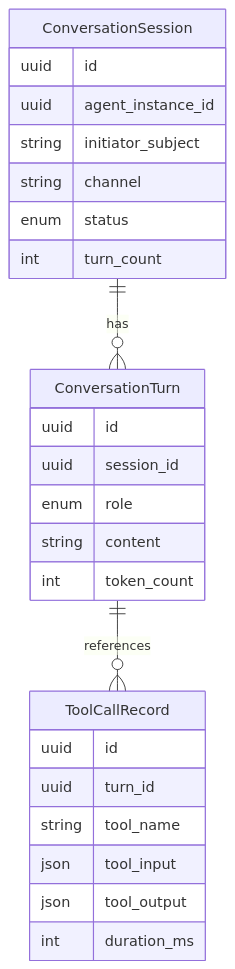
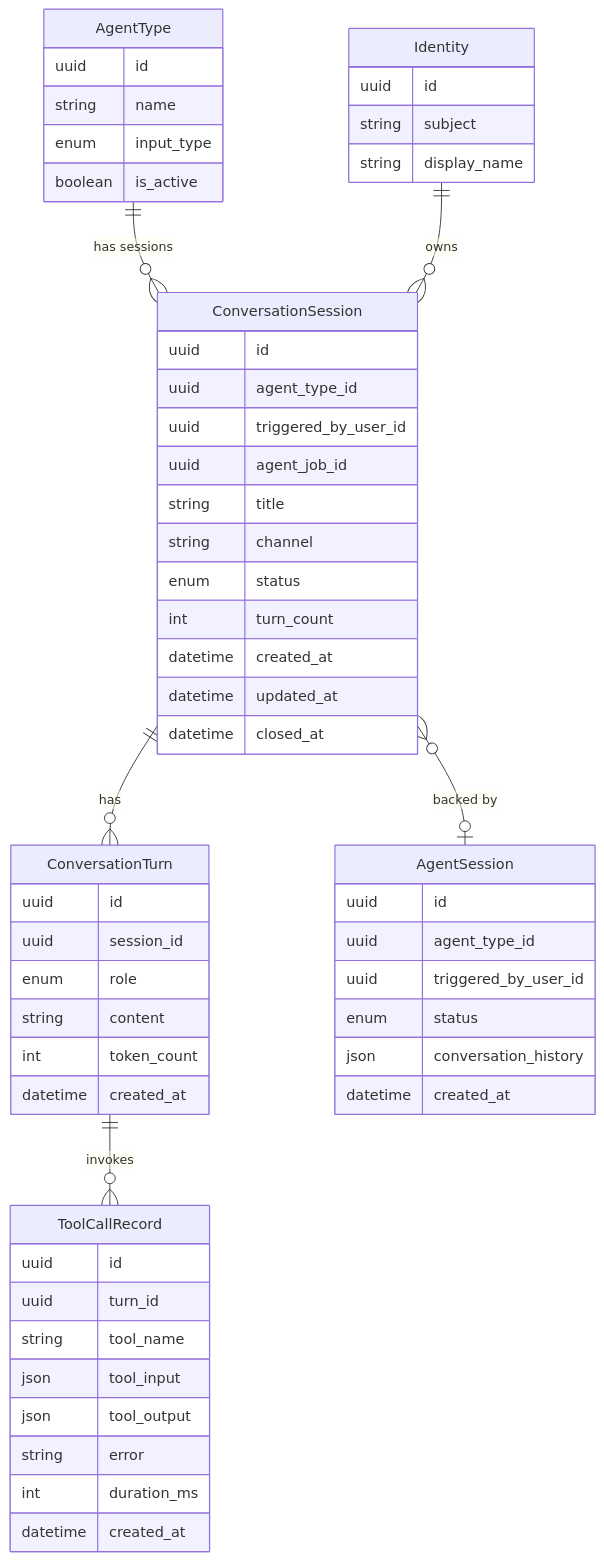
The diagram in docs/master/data-model/modules/communication/entities.md (hurungang/parthenon), drawn with Mermaid before and after one commit. The commit also changed other lines of this file and 496 other files, not shown here.

````diff
--- a/docs/master/data-model/modules/communication/entities.md
+++ b/docs/master/data-model/modules/communication/entities.md
@@ -3,29 +3,59 @@
 ```mermaid
 erDiagram
     ConversationSession {
         uuid id
-        uuid agent_instance_id
-        string initiator_subject
+        uuid agent_type_id
+        uuid triggered_by_user_id
+        uuid agent_job_id
+        string title
         string channel
         enum status
         int turn_count
+        datetime created_at
+        datetime updated_at
+        datetime closed_at
     }
     ConversationTurn {
         uuid id
         uuid session_id
         enum role
         string content
         int token_count
+        datetime created_at
     }
     ToolCallRecord {
         uuid id
         uuid turn_id
         string tool_name
         json tool_input
         json tool_output
+        string error
         int duration_ms
+        datetime created_at
+    }
+    AgentType {
+        uuid id
+        string name
+        enum input_type
+        boolean is_active
+    }
+    AgentSession {
+        uuid id
+        uuid agent_type_id
+        uuid triggered_by_user_id
+        enum status
+        json conversation_history
+        datetime created_at
+    }
+    Identity {
+        uuid id
+        string subject
+        string display_name
     }
 
+    AgentType ||--o{ ConversationSession : "has sessions"
+    Identity ||--o{ ConversationSession : "owns"
+    ConversationSession }o--o| AgentSession : "backed by"
     ConversationSession ||--o{ ConversationTurn : "has"
-    ConversationTurn ||--o{ ToolCallRecord : "references"
+    ConversationTurn ||--o{ ToolCallRecord : "invokes"
 ```
````
